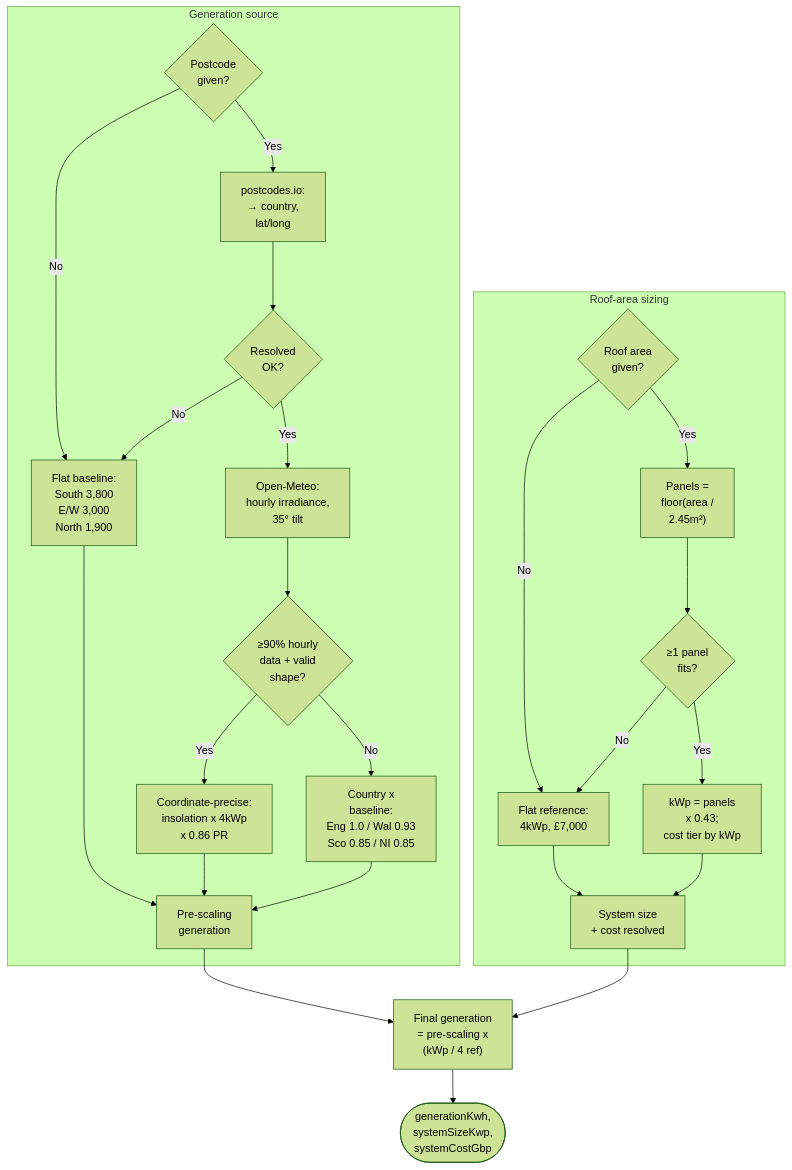
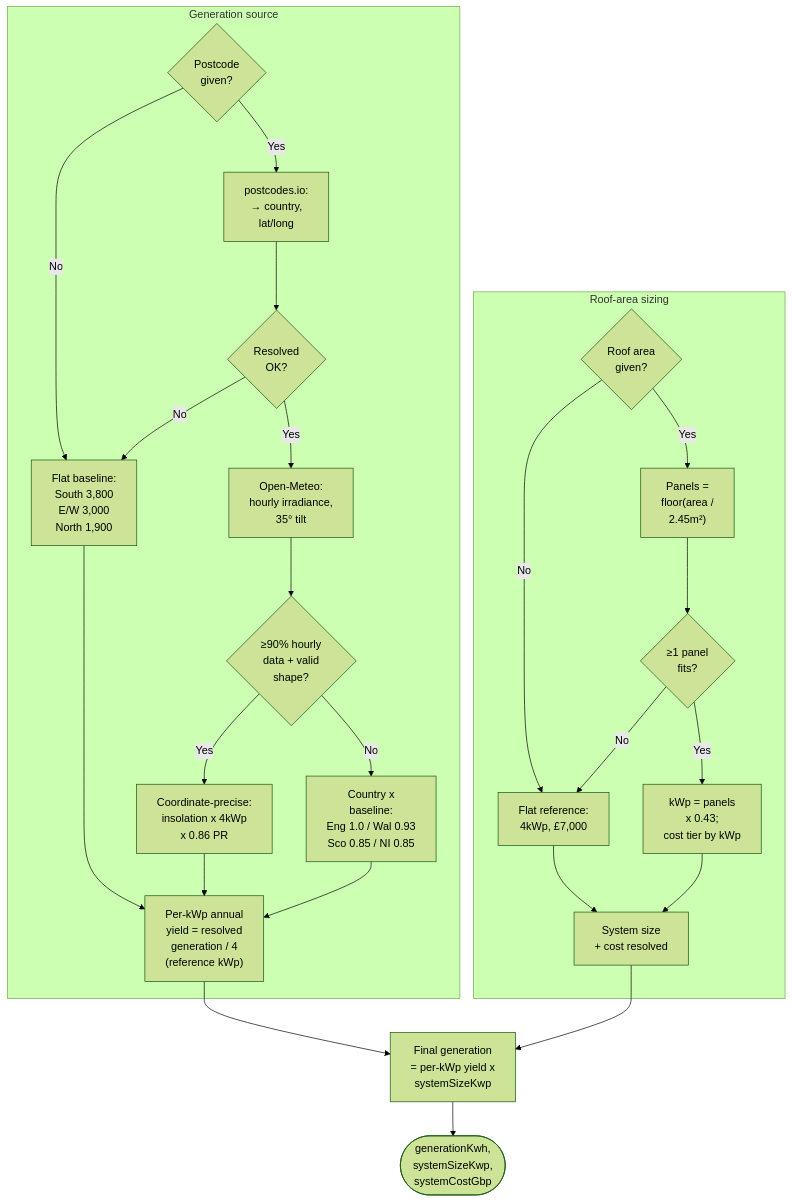
The fourth of 8 diagrams in projects/sunnysideup/docs/calculation-logic.md (spallavi-stack/shubha-pm-portfolio), drawn with Mermaid (forest theme) before and after one commit. The commit also changed other lines of this file and 1 other file, not shown here.

First line of the commit message:
Simplify generation math to a direct per-kWp yield

````diff
--- a/projects/sunnysideup/docs/calculation-logic.md
+++ b/projects/sunnysideup/docs/calculation-logic.md
@@ -204,49 +204,49 @@
 ```mermaid
 flowchart TD
   subgraph GEN["Generation source"]
     G0{"Postcode<br/>given?"}
     G1["Flat baseline:<br/>South 3,800<br/>E/W 3,000<br/>North 1,900"]
     G2["postcodes.io:<br/>→ country,<br/>lat/long"]
     G3{"Resolved<br/>OK?"}
     G4["Open-Meteo:<br/>hourly irradiance,<br/>35° tilt"]
     G5{"≥90% hourly<br/>data + valid<br/>shape?"}
     G6["Coordinate-precise:<br/>insolation x 4kWp<br/>x 0.86 PR"]
     G7["Country x<br/>baseline:<br/>Eng 1.0 / Wal 0.93<br/>Sco 0.85 / NI 0.85"]
-    G8["Pre-scaling<br/>generation"]
+    G8["Per-kWp annual<br/>yield = resolved<br/>generation / 4<br/>(reference kWp)"]
 
     G0 -->|No| G1
     G0 -->|Yes| G2
     G2 --> G3
     G3 -->|No| G1
     G3 -->|Yes| G4
     G4 --> G5
     G5 -->|Yes| G6
     G5 -->|No| G7
     G1 --> G8
     G6 --> G8
     G7 --> G8
   end
 
   subgraph ROOF["Roof-area sizing"]
     RA0{"Roof area<br/>given?"}
     RA1["Flat reference:<br/>4kWp, £7,000"]
     RA2["Panels =<br/>floor(area /<br/>2.45m²)"]
     RA3{"≥1 panel<br/>fits?"}
     RA4["kWp = panels<br/>x 0.43;<br/>cost tier by kWp"]
     RA8["System size<br/>+ cost resolved"]
 
     RA0 -->|No| RA1
     RA0 -->|Yes| RA2
     RA2 --> RA3
     RA3 -->|No| RA1
     RA3 -->|Yes| RA4
     RA1 --> RA8
     RA4 --> RA8
   end
 
-  SCALE["Final generation<br/>= pre-scaling x<br/>(kWp / 4 ref)"]
+  SCALE["Final generation<br/>= per-kWp yield x<br/>systemSizeKwp"]
   GenFinal(["generationKwh,<br/>systemSizeKwp,<br/>systemCostGbp"])
   G8 --> SCALE
   RA8 --> SCALE
   SCALE --> GenFinal
 ```
````
